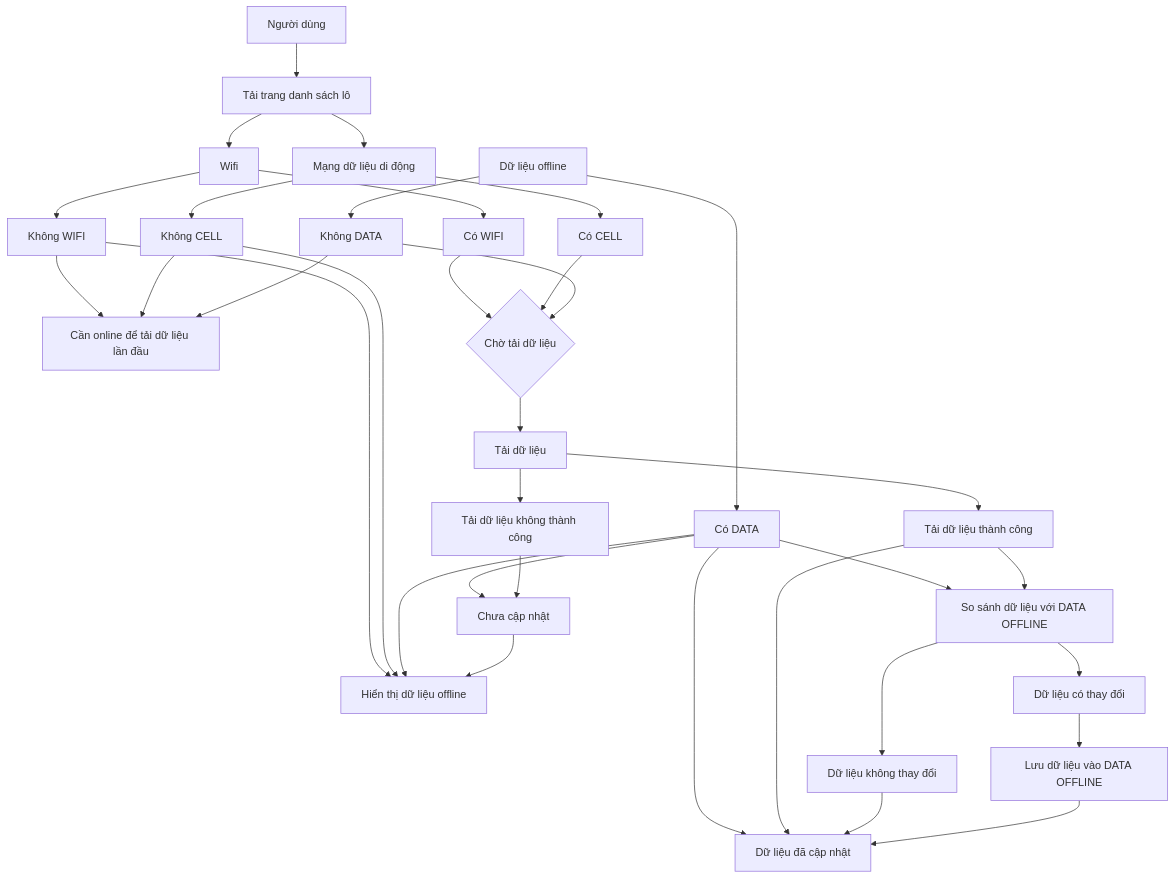
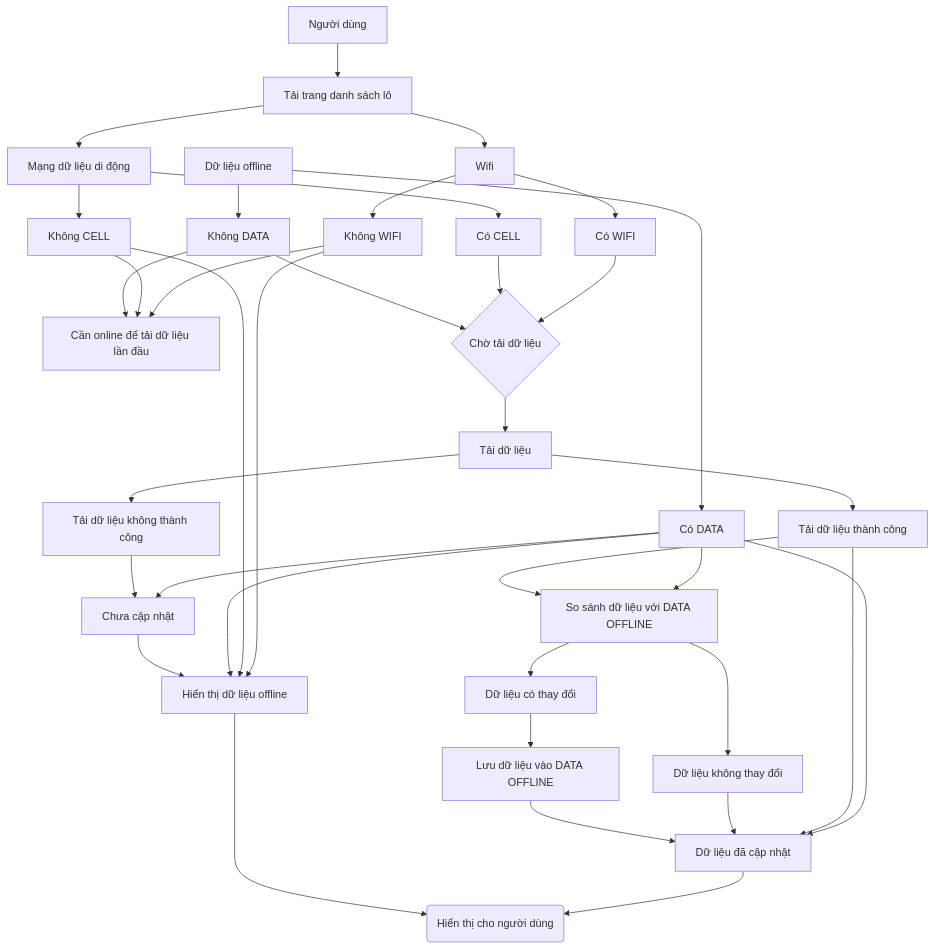
One commit to trethanhphat/tre-thanh-phat-pwa-docs changed the diagram in docs/batches-flow.md. Above: the diagram before and after it, drawn with Mermaid.

````diff
--- a/docs/batches-flow.md
+++ b/docs/batches-flow.md
@@ -80,4 +80,9 @@
 COMPARE-Y --> SAVE
 SAVE --> SUCCESS
 
+
+DISPLAY("Hiển thị cho người dùng")
+
+SUCCESS --> DISPLAY
+OFFLINE --> DISPLAY
 ```
````
